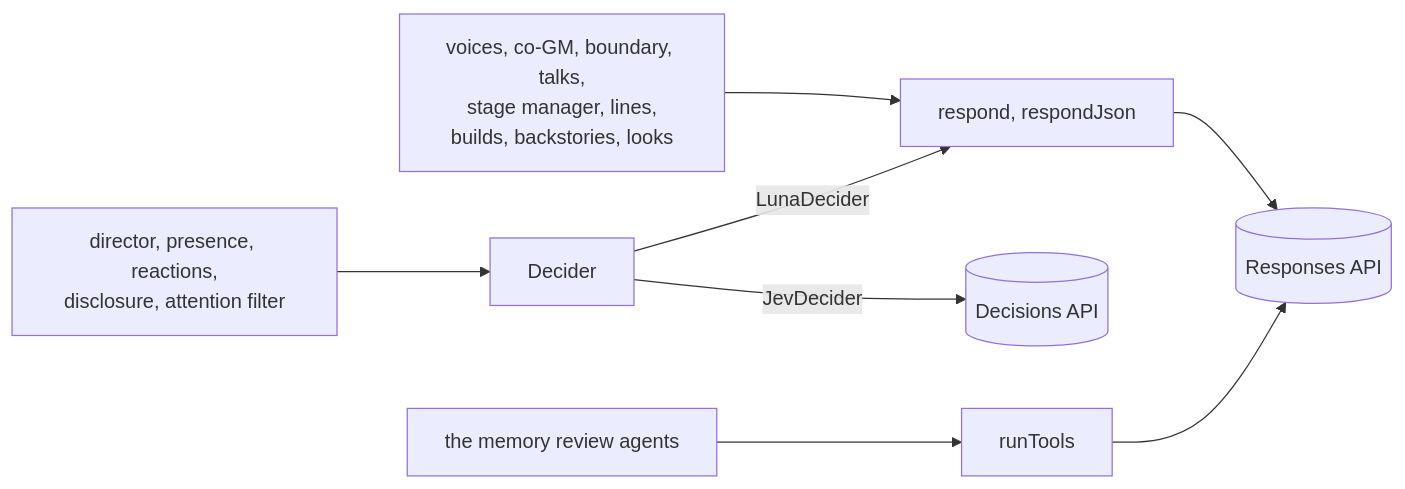
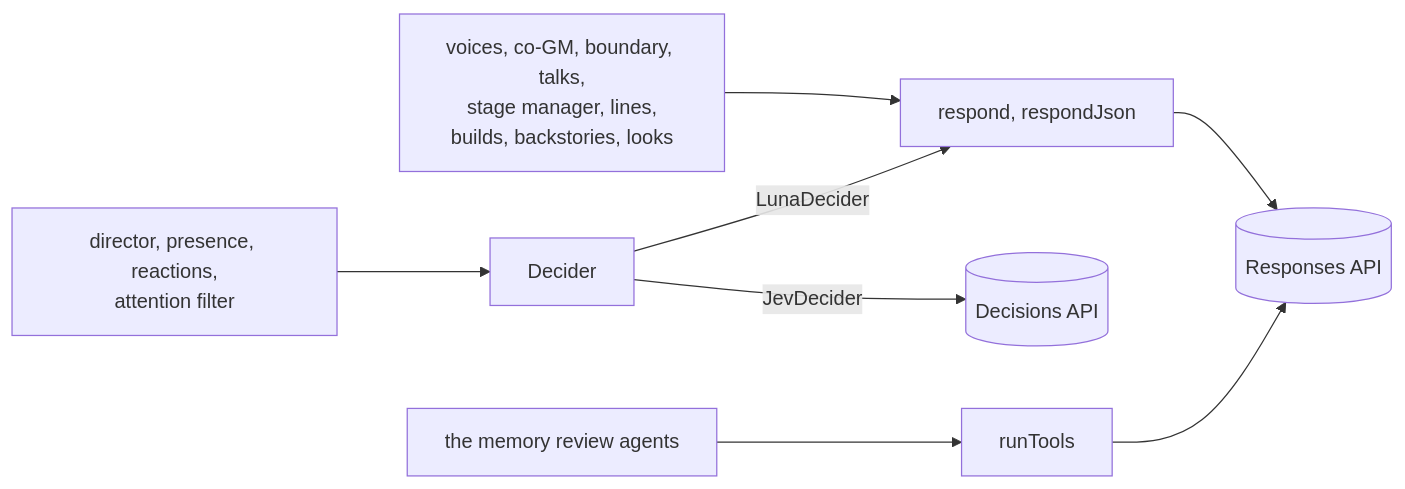
One commit to Tatskaari/kingmaker changed the diagram in ai/llm/README.md. Above: the diagram before and after it, drawn with Mermaid. The commit also changed other lines of this file and 45 other files, not shown here.

````diff
--- a/ai/llm/README.md
+++ b/ai/llm/README.md
@@ -40,10 +40,10 @@
 ```mermaid
 flowchart LR
   text["voices, co-GM, boundary, talks,<br/>stage manager, lines,<br/>builds, backstories, looks"] --> respond["respond, respondJson"]
-  judge["director, presence, reactions,<br/>disclosure, attention filter"] --> decider["Decider"]
+  judge["director, presence, reactions,<br/>attention filter"] --> decider["Decider"]
   agents["the memory review agents"] --> tools["runTools"]
   decider -->|"LunaDecider"| respond
   decider -->|"JevDecider"| decisions[("Decisions API")]
   respond --> responses[("Responses API")]
   tools --> responses
 ```
````
